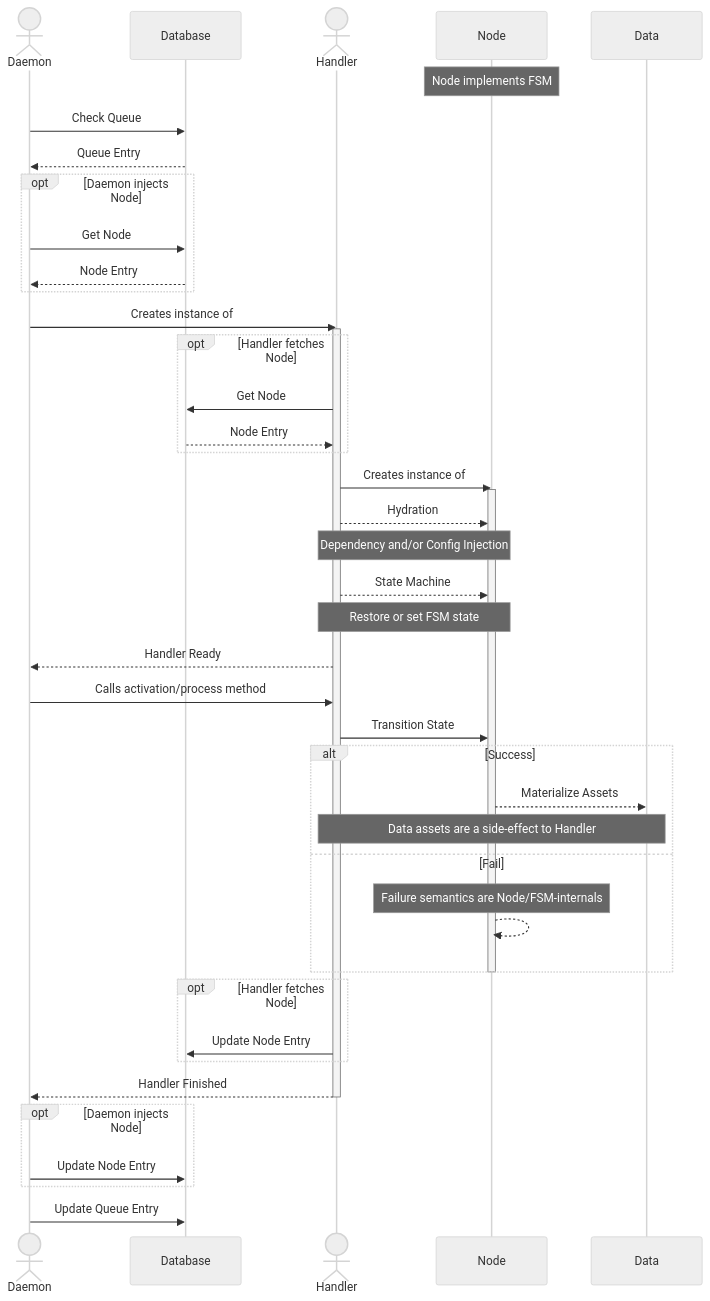
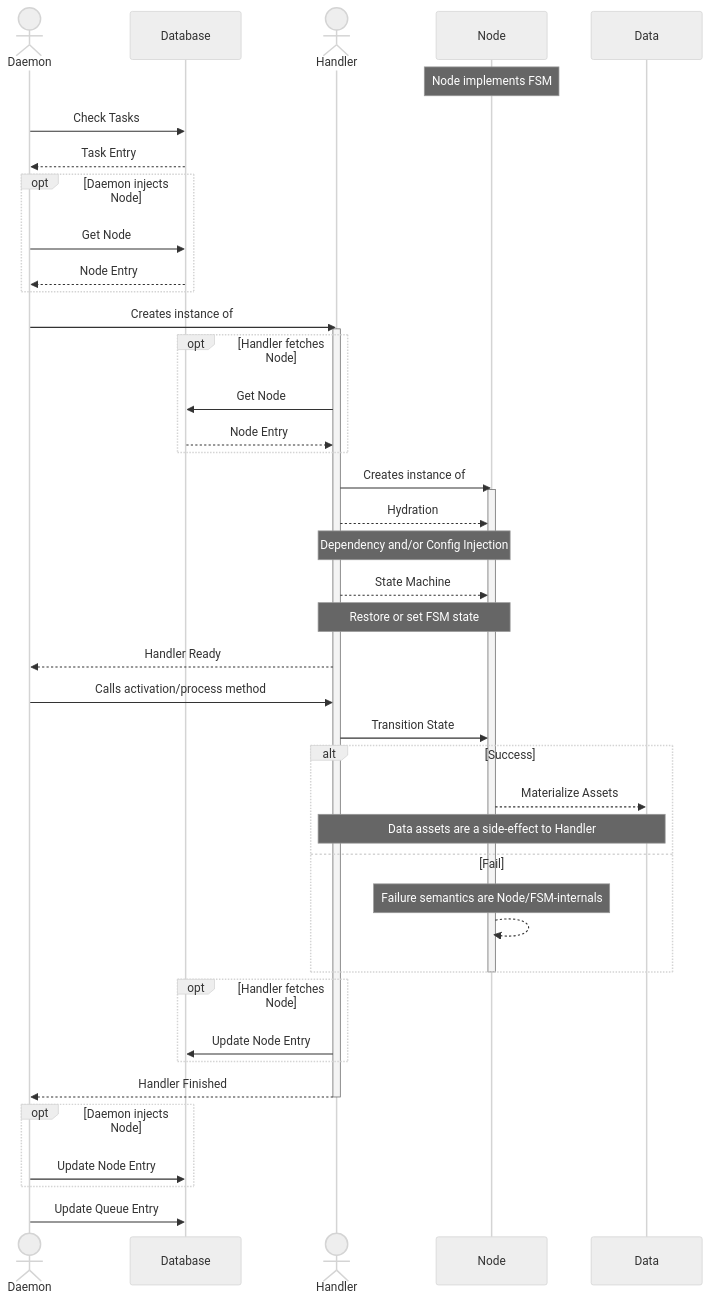
Before and after one commit to lsst-dm/cm-service: the diagram in docs/DAEMON.md, drawn with Mermaid (neutral theme). The commit also changed other lines of this file and 2 other files, not shown here.

````diff
--- a/docs/DAEMON.md
+++ b/docs/DAEMON.md
@@ -3,51 +14,51 @@
 ```mermaid
 sequenceDiagram
     actor Daemon
     participant Database
     actor Handler
     participant Node
     Note over Node: Node implements FSM
     participant Data
 
-    Daemon ->> Database: Check Queue
-    Database -->> Daemon: Queue Entry
+    Daemon ->> Database: Check Tasks
+    Database -->> Daemon: Task Entry
 
     opt Daemon injects Node
     Daemon ->> Database: Get Node
     Database -->> Daemon: Node Entry
     end
     Daemon ->> Handler: Creates instance of
     activate Handler
 
     opt Handler fetches Node
     Handler ->> Database: Get Node
     Database -->> Handler: Node Entry
     end
 
     Handler ->> Node: Creates instance of
     activate Node
     Handler -->> Node: Hydration
     Note over Handler, Node: Dependency and/or Config Injection
     Handler -->> Node: State Machine
     Note over Handler, Node: Restore or set FSM state
     Handler -->> Daemon: Handler Ready
     Daemon ->> Handler: Calls activation/process method
     Handler ->> Node: Transition State
     alt Success
     Node -->> Data: Materialize Assets
     Note over Handler, Data: Data assets are a side-effect to Handler
     else Fail
     Note over Node: Failure semantics are Node/FSM-internals
     Node -->> Node:
     end
     deactivate Node
     opt Handler fetches Node
     Handler ->> Database: Update Node Entry
     end
     Handler -->> Daemon: Handler Finished
     deactivate Handler
     opt Daemon injects Node
     Daemon ->> Database: Update Node Entry
     end
     Daemon ->> Database: Update Queue Entry
 ```
````
